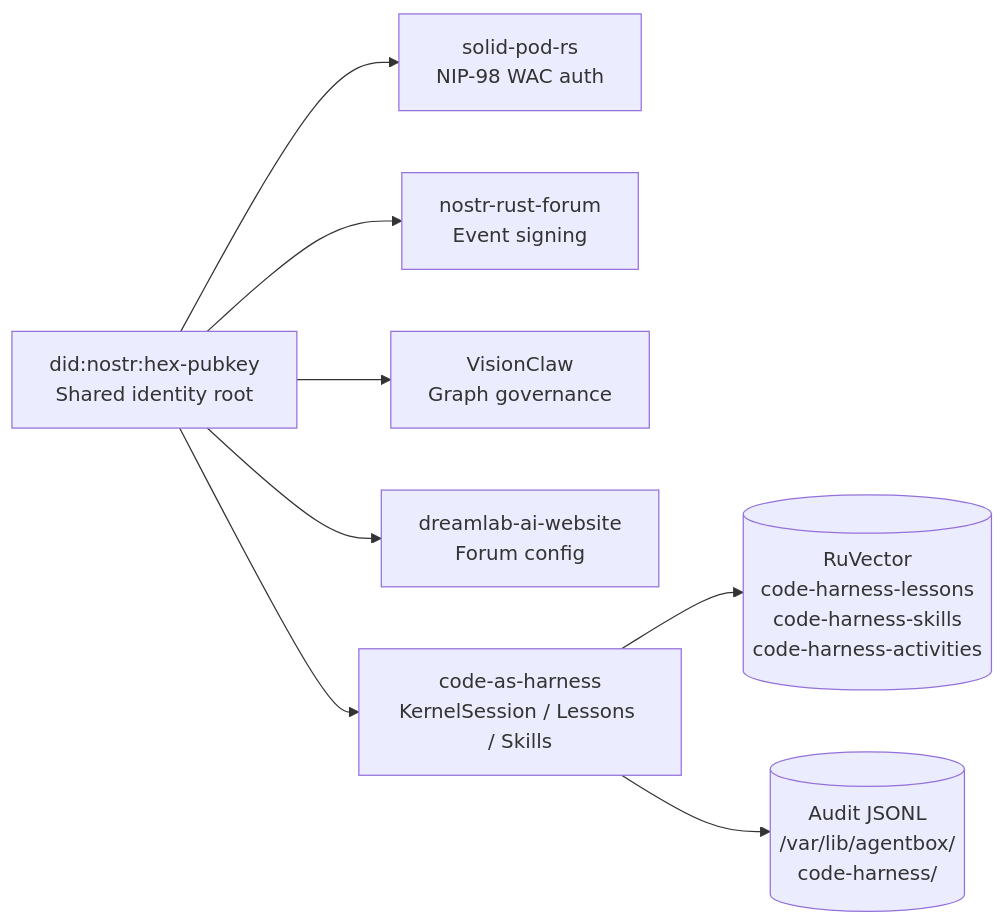
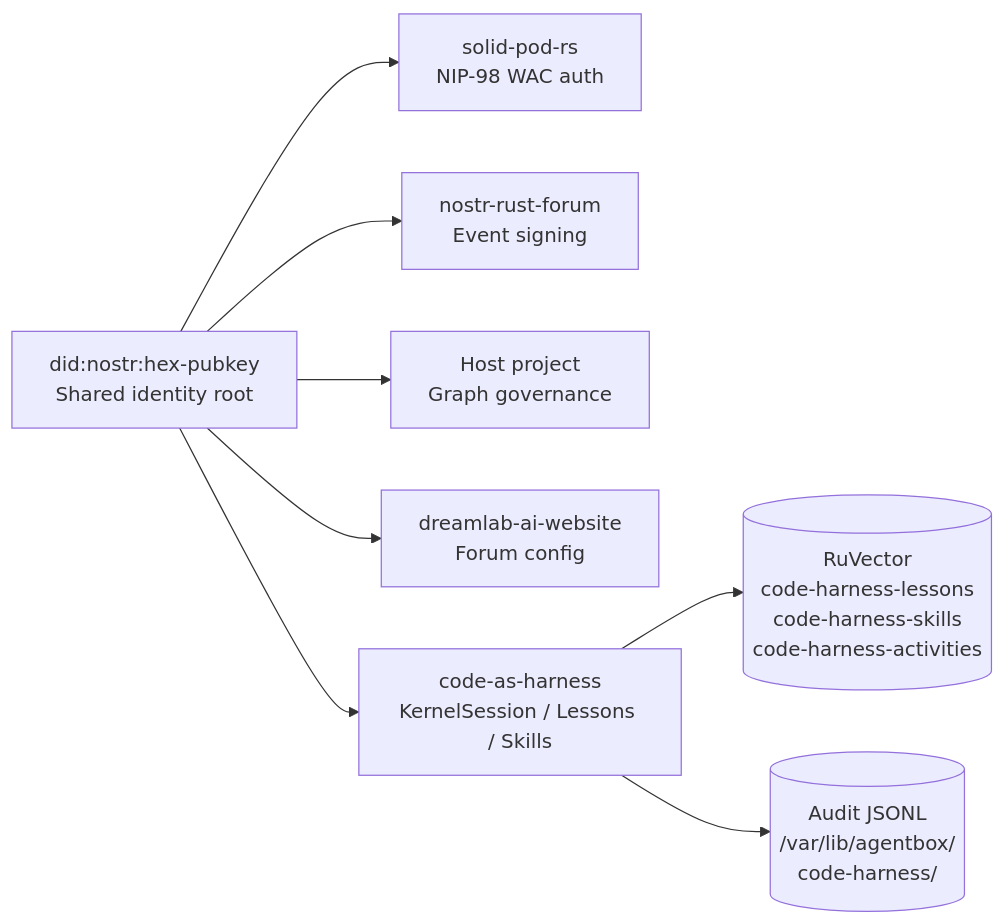
One commit to DreamLab-AI/agentbox changed the second of 5 diagrams in docs/developer/ecosystem.md. Above: the diagram before and after it, drawn with Mermaid. The commit also changed other lines of this file and 35 other files, not shown here.

````diff
--- a/docs/developer/ecosystem.md
+++ b/docs/developer/ecosystem.md
@@ -72,13 +72,13 @@
 ```mermaid
 graph LR
     DID[did:nostr:hex-pubkey\nShared identity root]
 
     DID --> SPR[solid-pod-rs\nNIP-98 WAC auth]
     DID --> NRF[nostr-rust-forum\nEvent signing]
-    DID --> VC[VisionClaw\nGraph governance]
+    DID --> VC[Host project\nGraph governance]
     DID --> DAW[dreamlab-ai-website\nForum config]
     DID --> CAH[code-as-harness\nKernelSession / Lessons / Skills]
 
     CAH --> RV[(RuVector\ncode-harness-lessons\ncode-harness-skills\ncode-harness-activities)]
     CAH --> AJ[(Audit JSONL\n/var/lib/agentbox/\ncode-harness/)]
 ```
````
